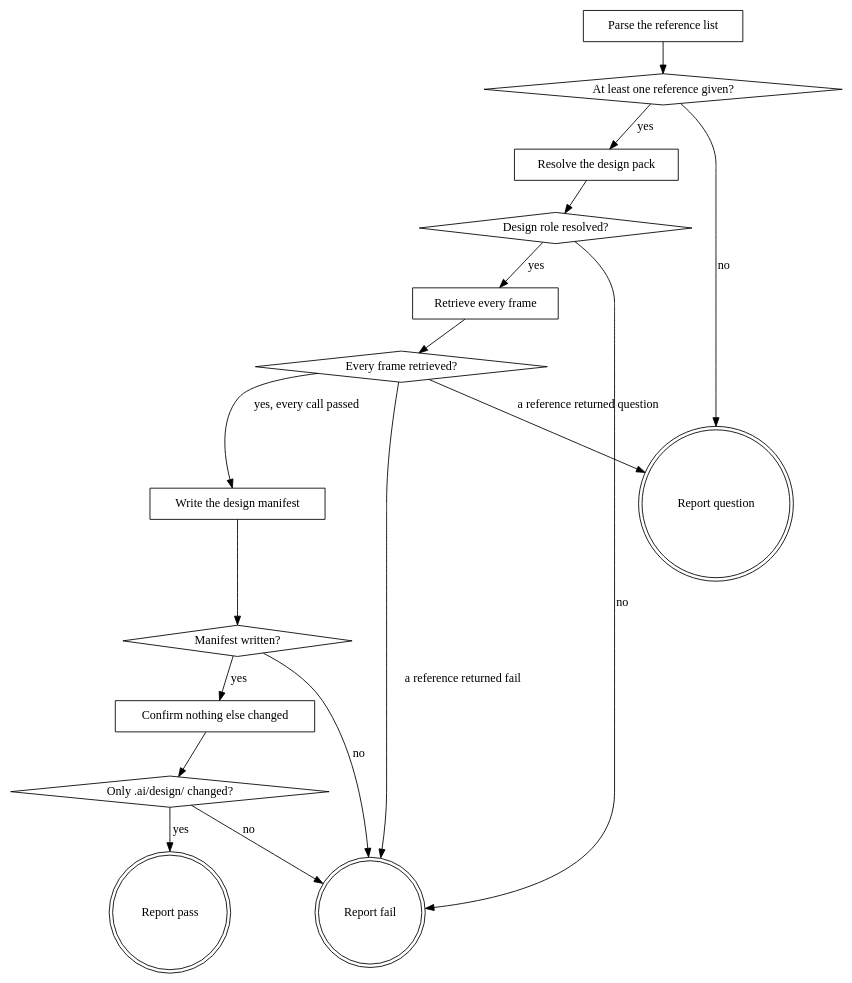
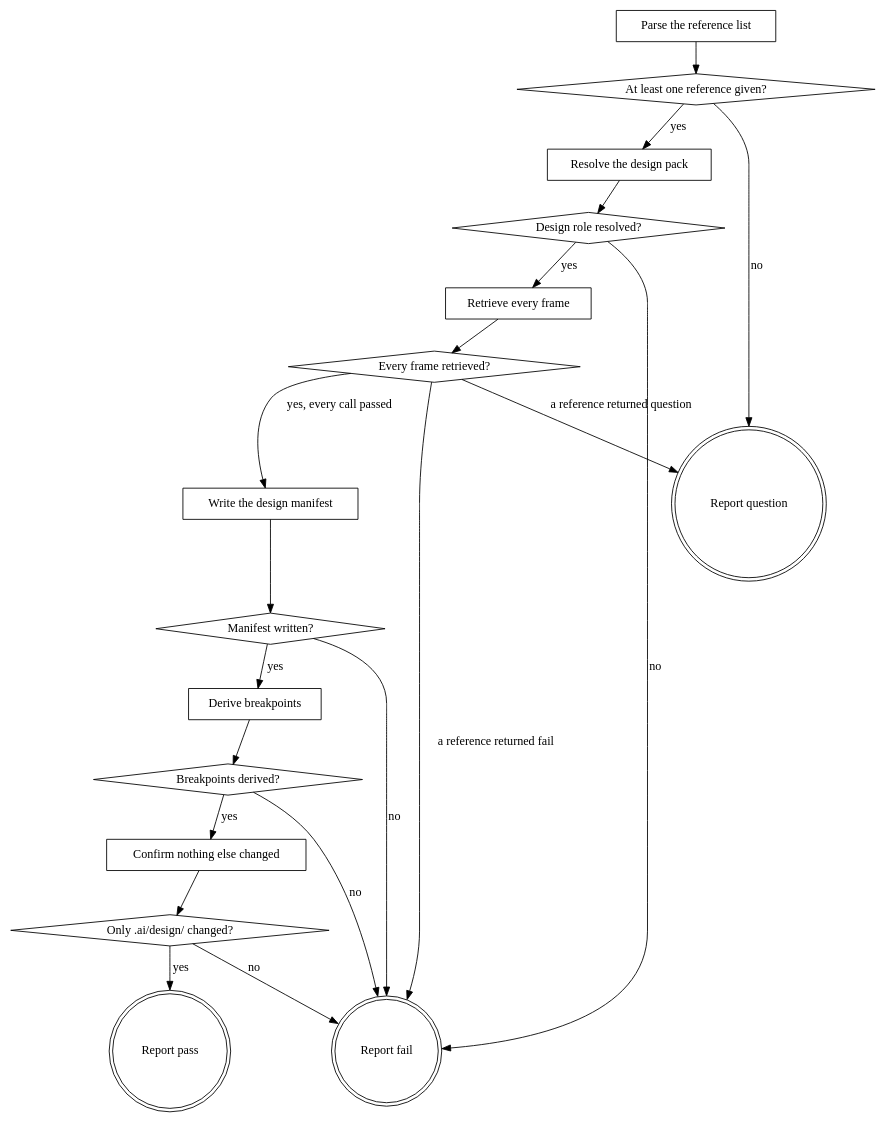
One commit to agenticDraft/aem-eds-ai-workflow-demo changed the diagram in plugins/eds/skills/eds-adopt-design-system/SKILL.md. Above: the diagram before and after it, drawn with Graphviz. The commit also changed other lines of this file and 15 other files, not shown here.

First line of the commit message:
Phase 5 / Task 2 — Derive breakpoints from the design frames (D21)

````diff
--- a/plugins/eds/skills/eds-adopt-design-system/SKILL.md
+++ b/plugins/eds/skills/eds-adopt-design-system/SKILL.md
@@ -40,34 +40,39 @@
 ```dot
 digraph eds_adopt_design_system {
     "Parse the reference list" [shape=box];
     "At least one reference given?" [shape=diamond];
     "Resolve the design pack" [shape=box];
     "Design role resolved?" [shape=diamond];
     "Retrieve every frame" [shape=box];
     "Every frame retrieved?" [shape=diamond];
     "Write the design manifest" [shape=box];
     "Manifest written?" [shape=diamond];
+    "Derive breakpoints" [shape=box];
+    "Breakpoints derived?" [shape=diamond];
     "Confirm nothing else changed" [shape=box];
     "Only .ai/design/ changed?" [shape=diamond];
     "Report pass" [shape=doublecircle];
     "Report fail" [shape=doublecircle];
     "Report question" [shape=doublecircle];
 
     "Parse the reference list" -> "At least one reference given?";
     "At least one reference given?" -> "Resolve the design pack" [label="yes"];
     "At least one reference given?" -> "Report question" [label="no"];
     "Resolve the design pack" -> "Design role resolved?";
     "Design role resolved?" -> "Retrieve every frame" [label="yes"];
     "Design role resolved?" -> "Report fail" [label="no"];
     "Retrieve every frame" -> "Every frame retrieved?";
     "Every frame retrieved?" -> "Write the design manifest" [label="yes, every call passed"];
     "Every frame retrieved?" -> "Report question" [label="a reference returned question"];
     "Every frame retrieved?" -> "Report fail" [label="a reference returned fail"];
     "Write the design manifest" -> "Manifest written?";
-    "Manifest written?" -> "Confirm nothing else changed" [label="yes"];
+    "Manifest written?" -> "Derive breakpoints" [label="yes"];
     "Manifest written?" -> "Report fail" [label="no"];
+    "Derive breakpoints" -> "Breakpoints derived?";
+    "Breakpoints derived?" -> "Confirm nothing else changed" [label="yes"];
+    "Breakpoints derived?" -> "Report fail" [label="no"];
     "Confirm nothing else changed" -> "Only .ai/design/ changed?";
     "Only .ai/design/ changed?" -> "Report pass" [label="yes"];
     "Only .ai/design/ changed?" -> "Report fail" [label="no"];
 }
 ```
````
